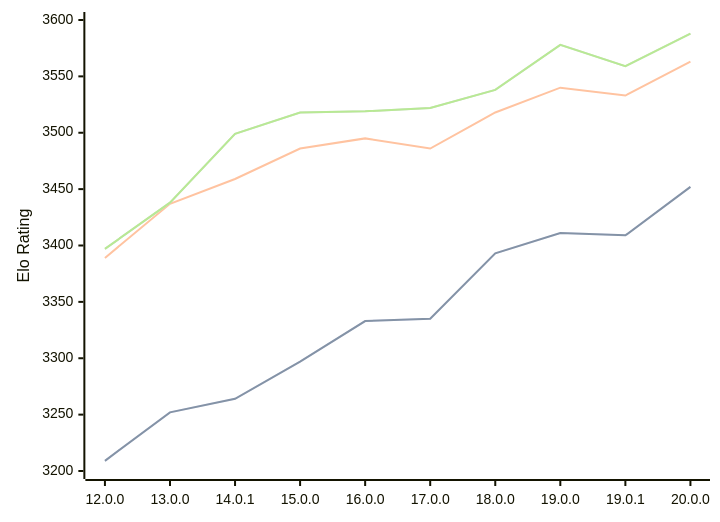
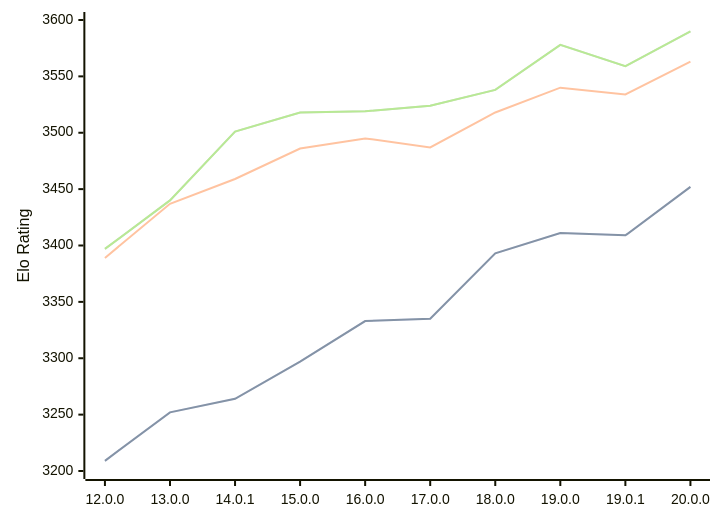
One commit to computer-chess-index/cci changed the diagram in engines/Viridithas.md. Above: the diagram before and after it, drawn with Mermaid. The commit also changed other lines of this file, not shown here.

Commit message:
Update CCI Ratings (ELO VLTC) - 2026-09-10

````diff
--- a/engines/Viridithas.md
+++ b/engines/Viridithas.md
@@ -40,11 +40,11 @@
 ```mermaid
 %%{init: {"theme":"base","themeVariables":{"seriesColors:['#a3a3a3','#222221','#faa371']}}}%%
 xychart-beta
   x-axis ["12.0.0", "13.0.0", "14.0.1", "15.0.0", "16.0.0", "17.0.0", "18.0.0", "19.0.0", "19.0.1", "20.0.0"]
   y-axis "Elo Rating" 3200 --> 3600
   line "" [3209, 3252, 3264, 3297, 3333, 3335, 3393, 3411, 3409, 3452]
   line "STC (8.0+0.08s)" [3209, 3252, 3264, 3297, 3333, 3335, 3393, 3411, 3409, 3452]
-  line "LTC (60.0+0.60s)" [3389, 3437, 3459, 3486, 3495, 3486, 3518, 3540, 3533, 3563]
-  line "" [3397, 3438, 3499, 3518, 3519, 3522, 3538, 3578, 3559, 3588]
-  line "VLTC (2m24s+1.12s)" [3397, 3438, 3499, 3518, 3519, 3522, 3538, 3578, 3559, 3588]
+  line "LTC (60.0+0.60s)" [3389, 3437, 3459, 3486, 3495, 3487, 3518, 3540, 3534, 3563]
+  line "" [3397, 3440, 3501, 3518, 3519, 3524, 3538, 3578, 3559, 3590]
+  line "VLTC (2m24s+1.12s)" [3397, 3440, 3501, 3518, 3519, 3524, 3538, 3578, 3559, 3590]
 ```
````
